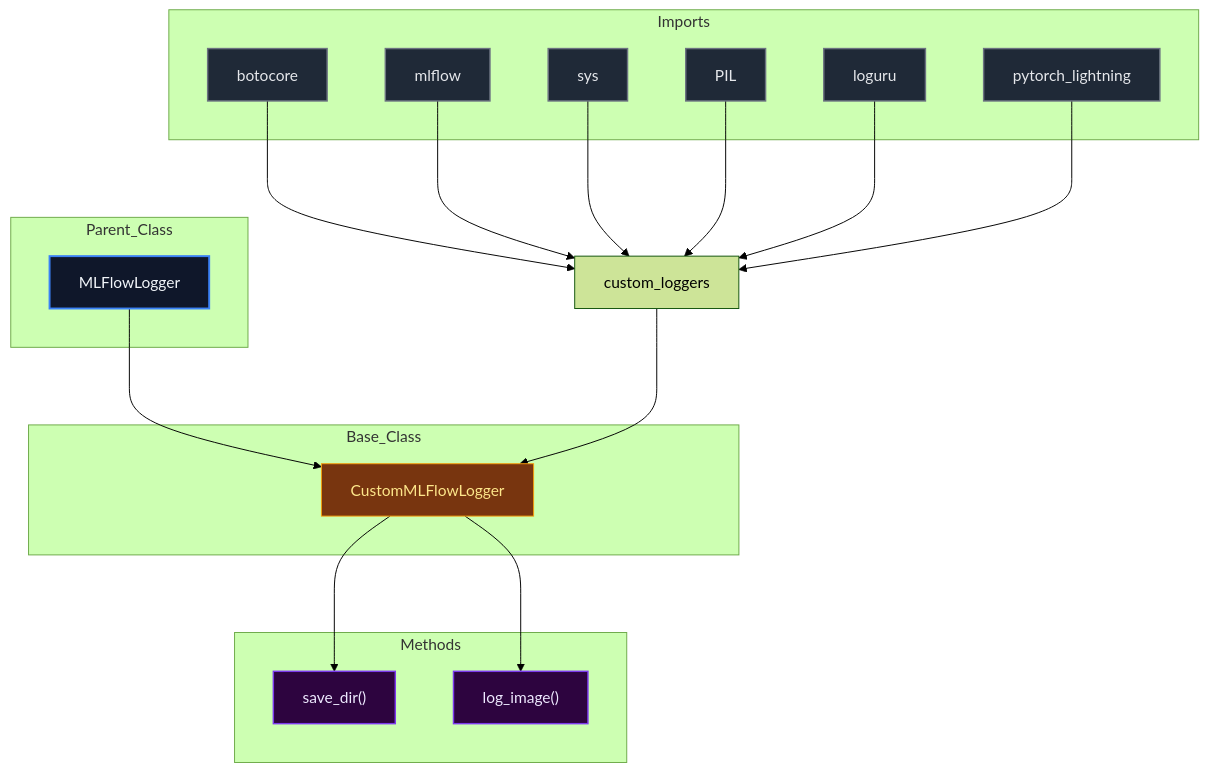
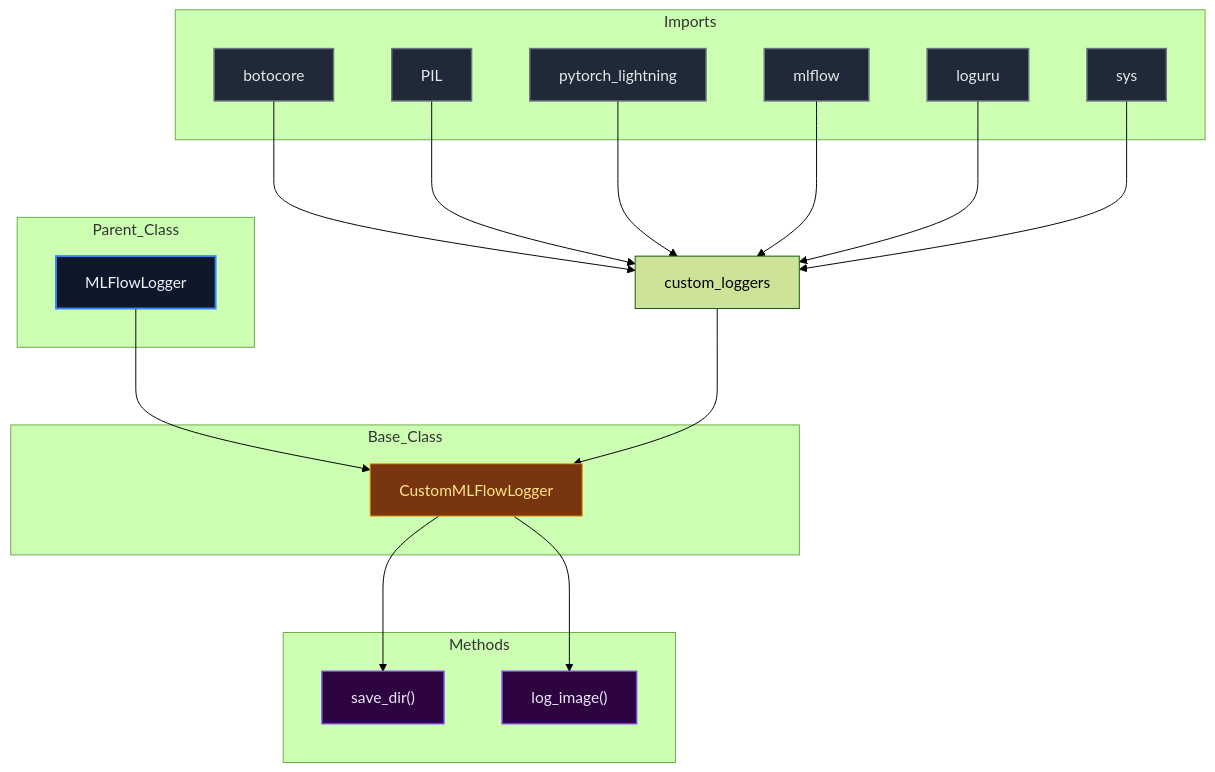
The diagram in docs/diagrams/custom_loggers_diagram.md (mllam/neural-lam), drawn with Mermaid (forest theme) before and after one commit. The commit also changed 18 other files, not shown here.

Commit message:
Auto-update Mermaid diagrams

````diff
--- a/docs/diagrams/custom_loggers_diagram.md
+++ b/docs/diagrams/custom_loggers_diagram.md
@@ -1,52 +1,52 @@
 ```mermaid
 %%{init: {'flowchart': {'nodeSpacing': 60, 'rankSpacing': 80}}}%%
 flowchart TD
 
 module["custom_loggers"]
 
 subgraph Parent_Class
     MLFlowLogger["MLFlowLogger"]
 end
 
 subgraph Base_Class
     CustomMLFlowLogger["CustomMLFlowLogger"]
 end
 
     MLFlowLogger --> CustomMLFlowLogger
 
 subgraph Imports
     botocore["botocore"]
+    PIL["PIL"]
+    pytorch_lightning["pytorch_lightning"]
     mlflow["mlflow"]
+    loguru["loguru"]
     sys["sys"]
-    PIL["PIL"]
-    loguru["loguru"]
-    pytorch_lightning["pytorch_lightning"]
 end
 
     botocore --> module
+    PIL --> module
+    pytorch_lightning --> module
     mlflow --> module
+    loguru --> module
     sys --> module
-    PIL --> module
-    loguru --> module
-    pytorch_lightning --> module
     module --> CustomMLFlowLogger
 
 subgraph Methods
     CustomMLFlowLogger_save_dir["save_dir()"]
     CustomMLFlowLogger_log_image["log_image()"]
 end
 
     CustomMLFlowLogger --> CustomMLFlowLogger_save_dir
     CustomMLFlowLogger --> CustomMLFlowLogger_log_image
 
 classDef parent fill:#0f172a,stroke:#3b82f6,stroke-width:2px,color:#f1f5f9,font-size:16px
 classDef base fill:#78350f,stroke:#f59e0b,stroke-width:1px,color:#fde68a,font-size:16px
 classDef import fill:#1f2937,stroke:#6b7280,stroke-width:1.5px,color:#e5e7eb,font-size:16px
 classDef method fill:#2d043f,stroke:#7c3aed,stroke-width:1.5px,color:#ede9fe,font-size:16px
 classDef callNode fill:#064e3b,stroke:#10b981,stroke-width:1.5px,color:#d1fae5,font-size:16px
 class MLFlowLogger parent
 class CustomMLFlowLogger base
-class botocore,mlflow,sys,PIL,loguru,pytorch_lightning import
+class botocore,PIL,pytorch_lightning,mlflow,loguru,sys import
 class CustomMLFlowLogger_save_dir,CustomMLFlowLogger_log_image method
 
 ```
````
